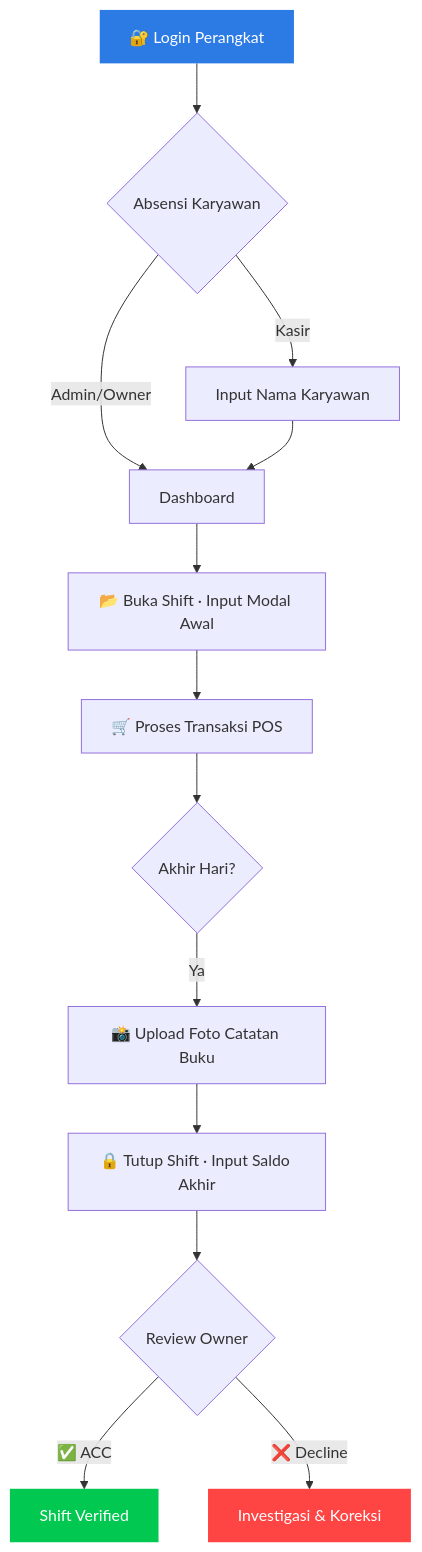
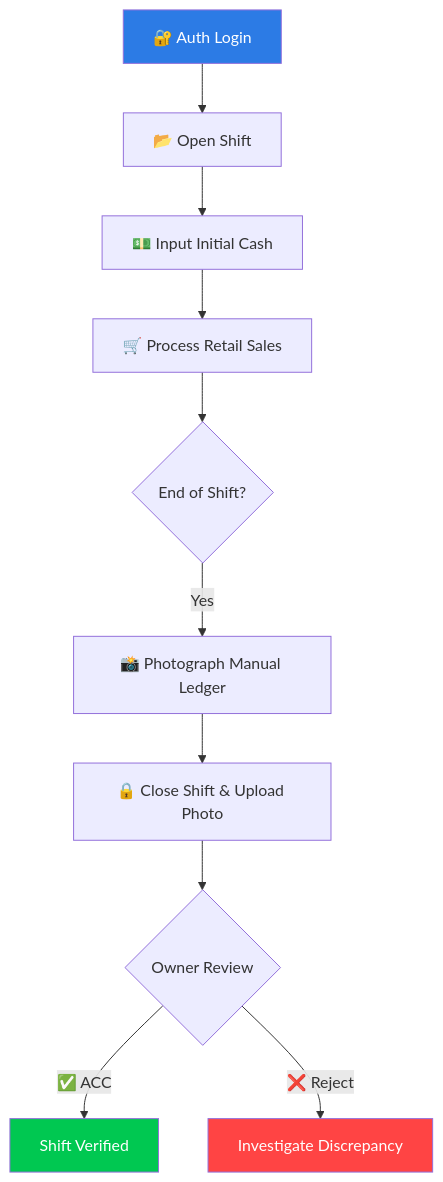
Before and after one commit to wi5nuu/asharparfummanagementsystem: the fifth of 5 diagrams in README.md, drawn with Mermaid. The commit also changed other lines of this file and 38 other files, not shown here.

````diff
--- a/README.md
+++ b/README.md
@@ -379,19 +213,16 @@
 ```mermaid
 graph TD
-    A[🔐 Login Perangkat] --> B{Absensi Karyawan}
-    B -- Kasir --> C[Input Nama Karyawan]
-    B -- Admin/Owner --> D[Dashboard]
-    C --> D
-    D --> E[📂 Buka Shift · Input Modal Awal]
-    E --> F[🛒 Proses Transaksi POS]
-    F --> G{Akhir Hari?}
-    G -- Ya --> H[📸 Upload Foto Catatan Buku]
-    H --> I[🔒 Tutup Shift · Input Saldo Akhir]
-    I --> J{Review Owner}
-    J -- ✅ ACC --> K[Shift Verified]
-    J -- ❌ Decline --> L[Investigasi & Koreksi]
+    A[🔐 Auth Login] --> B[📂 Open Shift]
+    B --> C[💵 Input Initial Cash]
+    C --> D[🛒 Process Retail Sales]
+    D --> E{End of Shift?}
+    E -- Yes --> F[📸 Photograph Manual Ledger]
+    F --> G[🔒 Close Shift & Upload Photo]
+    G --> H{Owner Review}
+    H -- ✅ ACC --> I[Shift Verified]
+    H -- ❌ Reject --> J[Investigate Discrepancy]
 
-    style A fill:#2c7be5,color:#fff,stroke:none
-    style K fill:#00C851,color:#fff,stroke:none
-    style L fill:#FF4444,color:#fff,stroke:none
+    style A fill:#2c7be5,color:#fff
+    style I fill:#00C851,color:#fff
+    style J fill:#FF4444,color:#fff
 ```
````
